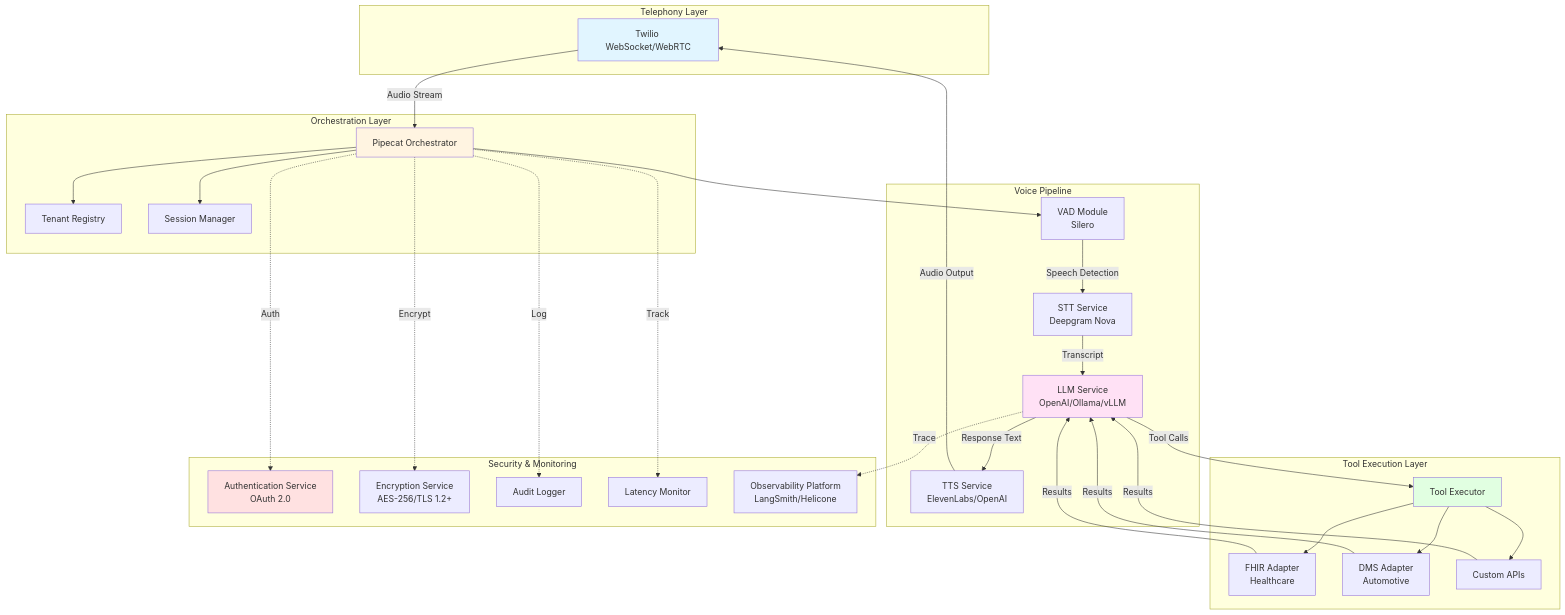
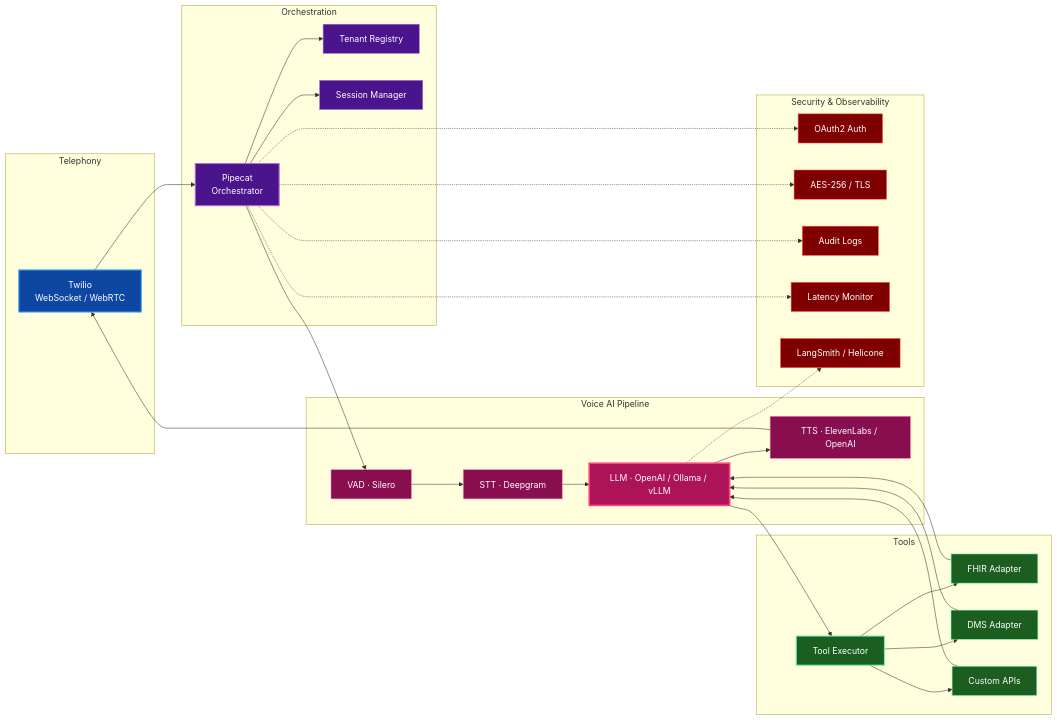
The diagram in README.md (meera8500477776-create/Call-Automation-AI), drawn with Mermaid before and after one commit. The commit also changed other lines of this file, not shown here.

````diff
--- a/README.md
+++ b/README.md
@@ -117,62 +116,95 @@
 ```mermaid
-graph TB
-    subgraph "Telephony Layer"
-        A[Twilio WebSocket/WebRTC]
-    end
-    
-    subgraph "Orchestration Layer"
-        B[Pipecat Orchestrator]
-        C[Tenant Registry]
-        D[Session Manager]
-    end
-    
-    subgraph "Voice Pipeline"
-        E[VAD Module<br/>Silero]
-        F[STT Service<br/>Deepgram Nova]
-        G[LLM Service<br/>OpenAI/Ollama/vLLM]
-        H[TTS Service<br/>ElevenLabs/OpenAI]
-    end
-    
-    subgraph "Tool Execution Layer"
-        I[Tool Executor]
-        J[FHIR Adapter<br/>Healthcare]
-        K[DMS Adapter<br/>Automotive]
-        L[Custom APIs]
-    end
-    
-    subgraph "Security & Monitoring"
-        M[Authentication Service<br/>OAuth 2.0]
-        N[Encryption Service<br/>AES-256/TLS 1.2+]
-        O[Audit Logger]
-        P[Latency Monitor]
-        Q[Observability Platform<br/>LangSmith/Helicone]
-    end
-    
-    A -->|Audio Stream| B
-    B --> C
-    B --> D
-    B --> E
-    E -->|Speech Detection| F
-    F -->|Transcript| G
-    G -->|Response Text| H
-    H -->|Audio Output| A
-    G -->|Tool Calls| I
-    I --> J
-    I --> K
-    I --> L
-    J -->|Results| G
-    K -->|Results| G
-    L -->|Results| G
-    
-    B -.->|Auth| M
-    B -.->|Encrypt| N
-    B -.->|Log| O
-    B -.->|Track| P
-    G -.->|Trace| Q
-    
-    style A fill:#e1f5ff
-    style B fill:#fff4e1
-    style G fill:#ffe1f5
-    style I fill:#e1ffe1
-    style M fill:#ffe1e1
+graph LR
+
+%% ================= LAYERS =================
+
+subgraph Telephony
+A[Twilio<br/>WebSocket / WebRTC]
+end
+
+subgraph Orchestration
+B[Pipecat<br/>Orchestrator]
+C[Tenant Registry]
+D[Session Manager]
+end
+
+subgraph "Voice AI Pipeline"
+E[VAD · Silero]
+F[STT · Deepgram]
+G[LLM · OpenAI / Ollama / vLLM]
+H[TTS · ElevenLabs / OpenAI]
+end
+
+subgraph Tools
+I[Tool Executor]
+J[FHIR Adapter]
+K[DMS Adapter]
+L[Custom APIs]
+end
+
+subgraph "Security & Observability"
+M[OAuth2 Auth]
+N[AES-256 / TLS]
+O[Audit Logs]
+P[Latency Monitor]
+Q[LangSmith / Helicone]
+end
+
+
+%% ================= FLOW =================
+
+A --> B
+B --> E
+E --> F
+F --> G
+G --> H
+H --> A
+
+B --> C
+B --> D
+
+G --> I
+I --> J
+I --> K
+I --> L
+J --> G
+K --> G
+L --> G
+
+B -.-> M
+B -.-> N
+B -.-> O
+B -.-> P
+G -.-> Q
+
+
+%% ================= DARK COLORS =================
+
+%% Telephony — Blue
+style A fill:#0d47a1,color:#ffffff,stroke:#42a5f5,stroke-width:2px
+
+%% Orchestration — Purple
+style B fill:#4a148c,color:#ffffff,stroke:#ba68c8,stroke-width:2px
+style C fill:#4a148c,color:#ffffff,stroke:#ba68c8
+style D fill:#4a148c,color:#ffffff,stroke:#ba68c8
+
+%% Voice AI — Pink core highlight
+style E fill:#880e4f,color:#ffffff,stroke:#ff80ab
+style F fill:#880e4f,color:#ffffff,stroke:#ff80ab
+style G fill:#ad1457,color:#ffffff,stroke:#ff4081,stroke-width:3px
+style H fill:#880e4f,color:#ffffff,stroke:#ff80ab
+
+%% Tools — Green
+style I fill:#1b5e20,color:#ffffff,stroke:#69f0ae,stroke-width:2px
+style J fill:#1b5e20,color:#ffffff,stroke:#69f0ae
+style K fill:#1b5e20,color:#ffffff,stroke:#69f0ae
+style L fill:#1b5e20,color:#ffffff,stroke:#69f0ae
+
+%% Security — Red
+style M fill:#7f0000,color:#ffffff,stroke:#ff5252
+style N fill:#7f0000,color:#ffffff,stroke:#ff5252
+style O fill:#7f0000,color:#ffffff,stroke:#ff5252
+style P fill:#7f0000,color:#ffffff,stroke:#ff5252
+style Q fill:#7f0000,color:#ffffff,stroke:#ff5252
+
 ```
````
